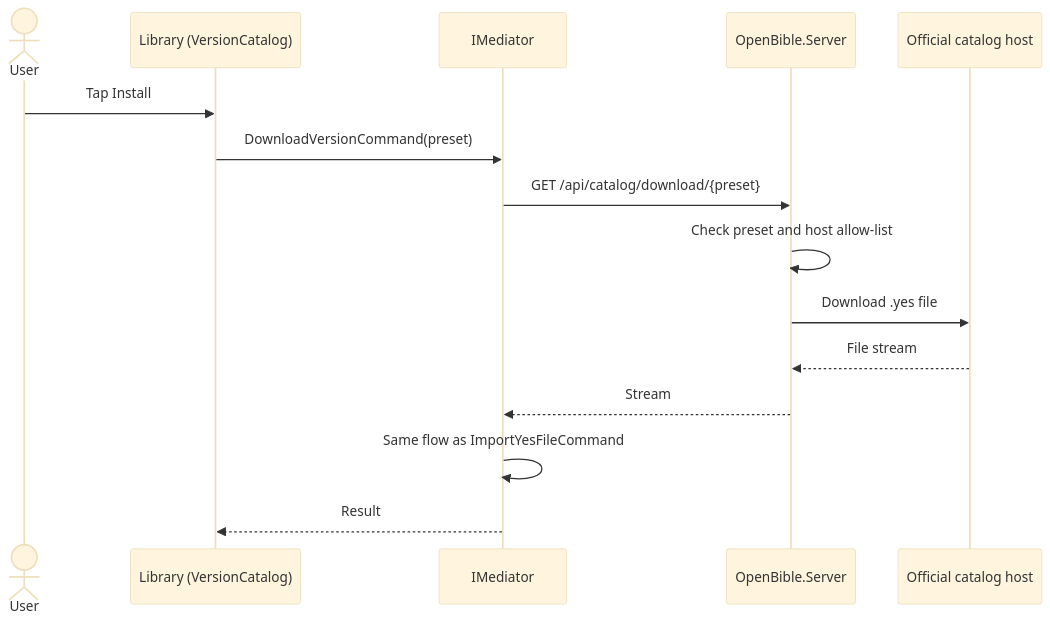
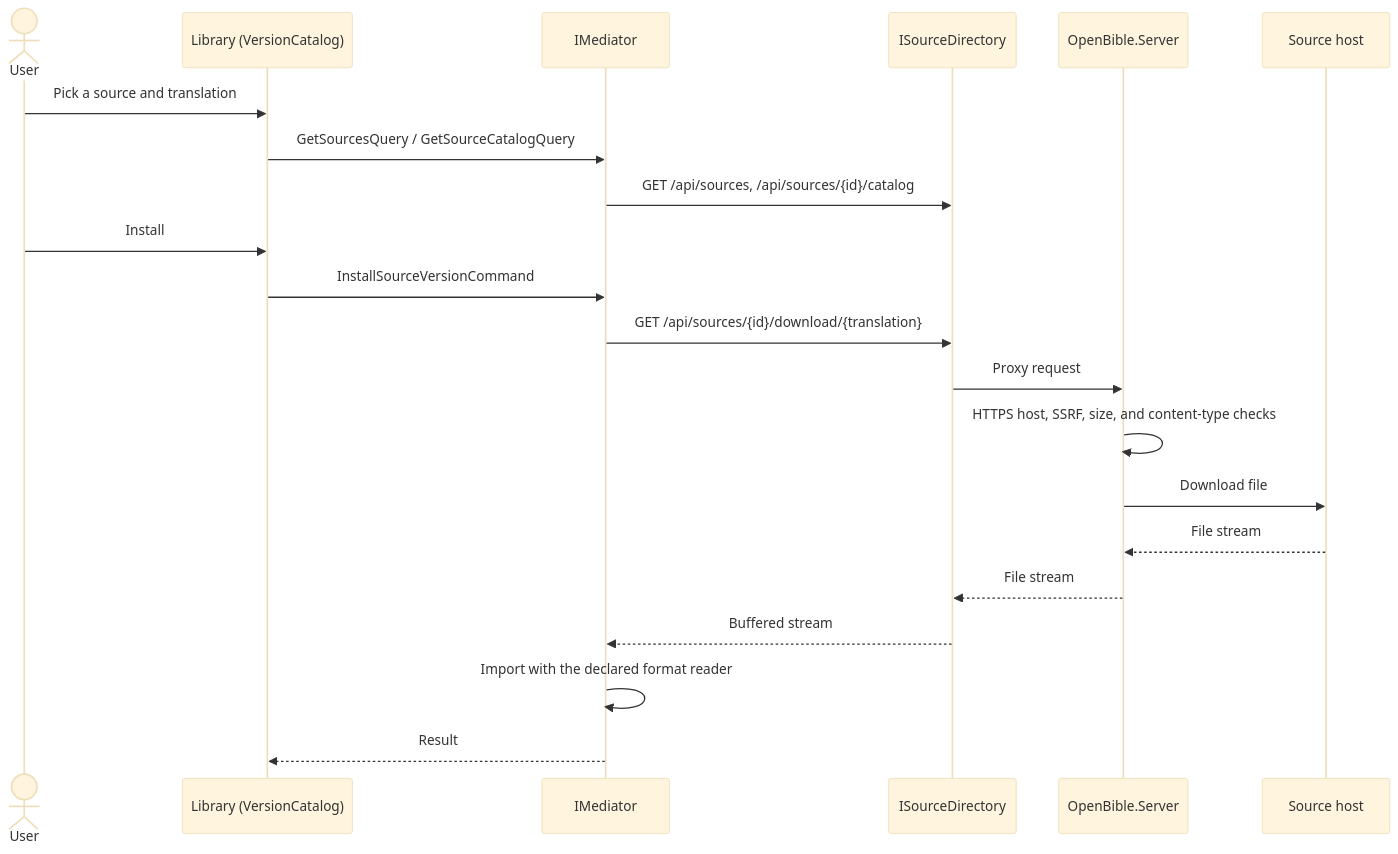
The fifth of 11 diagrams in README.md (pradikta/openbible), drawn with Mermaid (base theme) before and after one commit. The commit also changed other lines of this file and 135 other files, not shown here.

First line of the commit message:
feat: add multi-source Bible import and complete offline reader

````diff
--- a/README.md
+++ b/README.md
@@ -256,17 +318,23 @@
 ```mermaid
 sequenceDiagram
     actor U as User
     participant L as Library (VersionCatalog)
     participant M as IMediator
+    participant D as ISourceDirectory
     participant S as OpenBible.Server
-    participant H as Official catalog host
-    U->>L: Tap Install
-    L->>M: DownloadVersionCommand(preset)
-    M->>S: GET /api/catalog/download/{preset}
-    S->>S: Check preset and host allow-list
-    S->>H: Download .yes file
+    participant H as Source host
+    U->>L: Pick a source and translation
+    L->>M: GetSourcesQuery / GetSourceCatalogQuery
+    M->>D: GET /api/sources, /api/sources/{id}/catalog
+    U->>L: Install
+    L->>M: InstallSourceVersionCommand
+    M->>D: GET /api/sources/{id}/download/{translation}
+    D->>S: Proxy request
+    S->>S: HTTPS host, SSRF, size, and content-type checks
+    S->>H: Download file
     H-->>S: File stream
-    S-->>M: Stream
-    M->>M: Same flow as ImportYesFileCommand
+    S-->>D: File stream
+    D-->>M: Buffered stream
+    M->>M: Import with the declared format reader
     M-->>L: Result
 ```
````
